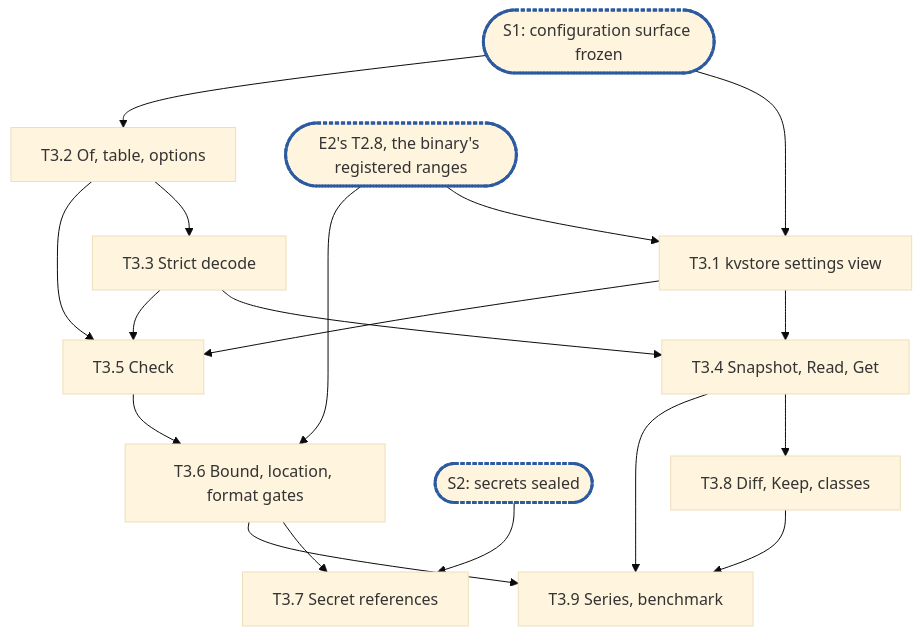
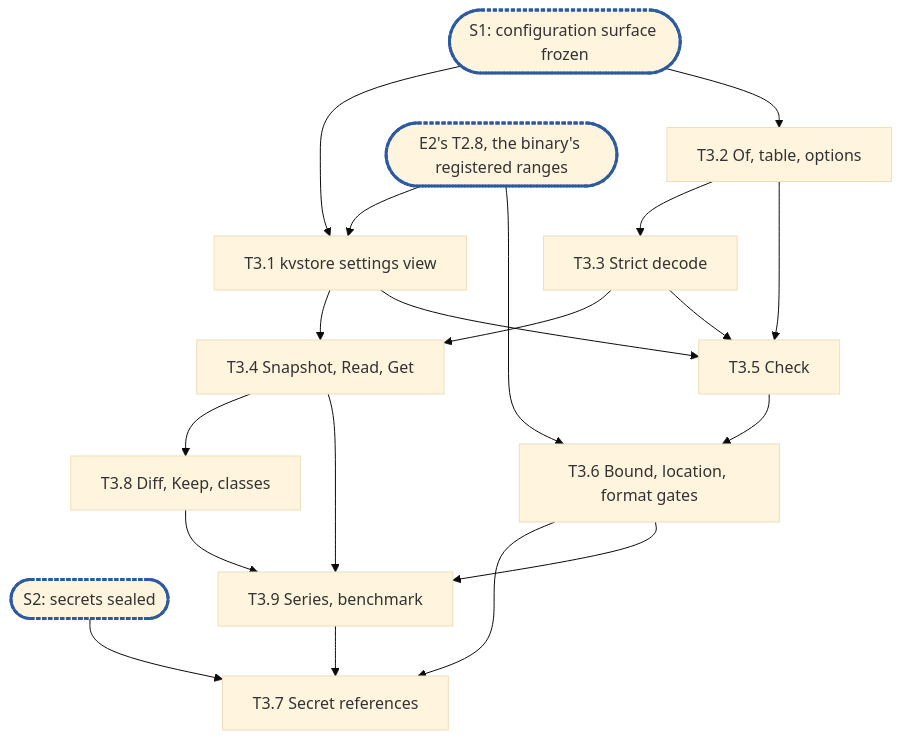
One commit to cubbit/dittofs changed the diagram in docs/internals/planning/rfc-13-config-epic3.md. Above: the diagram before and after it, drawn with Mermaid (base theme). The commit also changed other lines of this file, not shown here.

````diff
--- a/docs/internals/planning/rfc-13-config-epic3.md
+++ b/docs/internals/planning/rfc-13-config-epic3.md
@@ -485,16 +545,17 @@
 ```mermaid
 flowchart TD
   S1(["S1: configuration surface frozen"]):::sync --> T3_1["T3.1 kvstore settings view"]
   S1 --> T3_2["T3.2 Of, table, options"]
   T2_8(["E2's T2.8, the binary's registered ranges"]):::sync --> T3_1
   T2_8 --> T3_6
   T3_2 --> T3_3["T3.3 Strict decode"]
   T3_1 & T3_3 --> T3_4["T3.4 Snapshot, Read, Get"]
   T3_1 & T3_2 & T3_3 --> T3_5["T3.5 Check"]
   T3_5 --> T3_6["T3.6 Bound, location, format gates"]
   S2(["S2: secrets sealed"]):::sync --> T3_7["T3.7 Secret references"]
   T3_6 --> T3_7
+  T3_9 --> T3_7
   T3_4 --> T3_8["T3.8 Diff, Keep, classes"]
   T3_4 & T3_6 & T3_8 --> T3_9["T3.9 Series, benchmark"]
   classDef sync stroke:#2c5aa0,stroke-width:3px,stroke-dasharray:4 2
 ```
````
